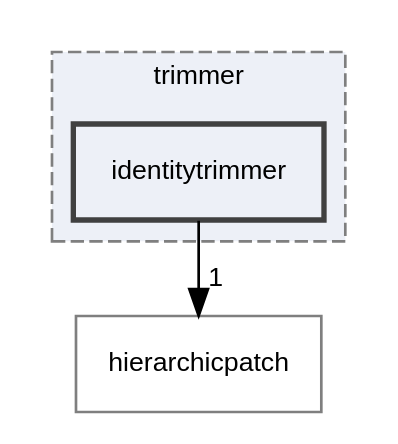
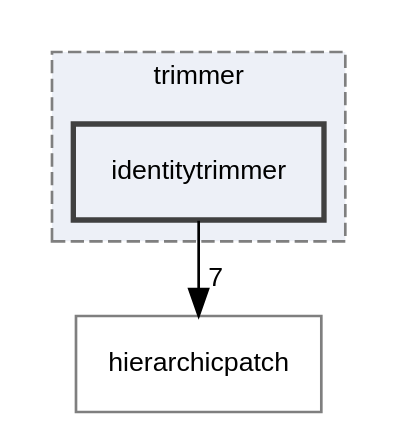
Before and after one commit to rath3t/dune-iga-doc: the diagram in dir_aa3557bd66a6784b3b9e663253e8d0ba_dep.dot, drawn with Graphviz. The commit also changed 583 other files, not shown here.

```diff
--- a/dir_aa3557bd66a6784b3b9e663253e8d0ba_dep.dot
+++ b/dir_aa3557bd66a6784b3b9e663253e8d0ba_dep.dot
@@ -1,13 +1,13 @@
 digraph "identitytrimmer"
 {
  // LATEX_PDF_SIZE
   edge [fontname="Helvetica",fontsize="10",labelfontname="Helvetica",labelfontsize="10"];
   node [fontname="Helvetica",fontsize="10",shape=record];
   compound=true
   subgraph clusterdir_7d0c370ab440c4b4f78419bfc8c93eb8 {
     graph [ bgcolor="#edf0f7", pencolor="grey50", style="filled,dashed,", label="trimmer", fontname="Helvetica", fontsize="10", URL="dir_7d0c370ab440c4b4f78419bfc8c93eb8.html"]
   dir_aa3557bd66a6784b3b9e663253e8d0ba [shape=box, label="identitytrimmer", style="filled,bold,", fillcolor="#edf0f7", color="grey25", URL="dir_aa3557bd66a6784b3b9e663253e8d0ba.html"];
   }
   dir_12fc9e68aad46ae2d80ba50ef1c96d76 [shape=box, label="hierarchicpatch", style="", fillcolor="#edf0f7", color="grey50", URL="dir_12fc9e68aad46ae2d80ba50ef1c96d76.html"];
-  dir_aa3557bd66a6784b3b9e663253e8d0ba->dir_12fc9e68aad46ae2d80ba50ef1c96d76 [headlabel="1", labeldistance=1.5 headhref="dir_000009_000007.html"];
+  dir_aa3557bd66a6784b3b9e663253e8d0ba->dir_12fc9e68aad46ae2d80ba50ef1c96d76 [headlabel="7", labeldistance=1.5 headhref="dir_000009_000007.html"];
 }
```
